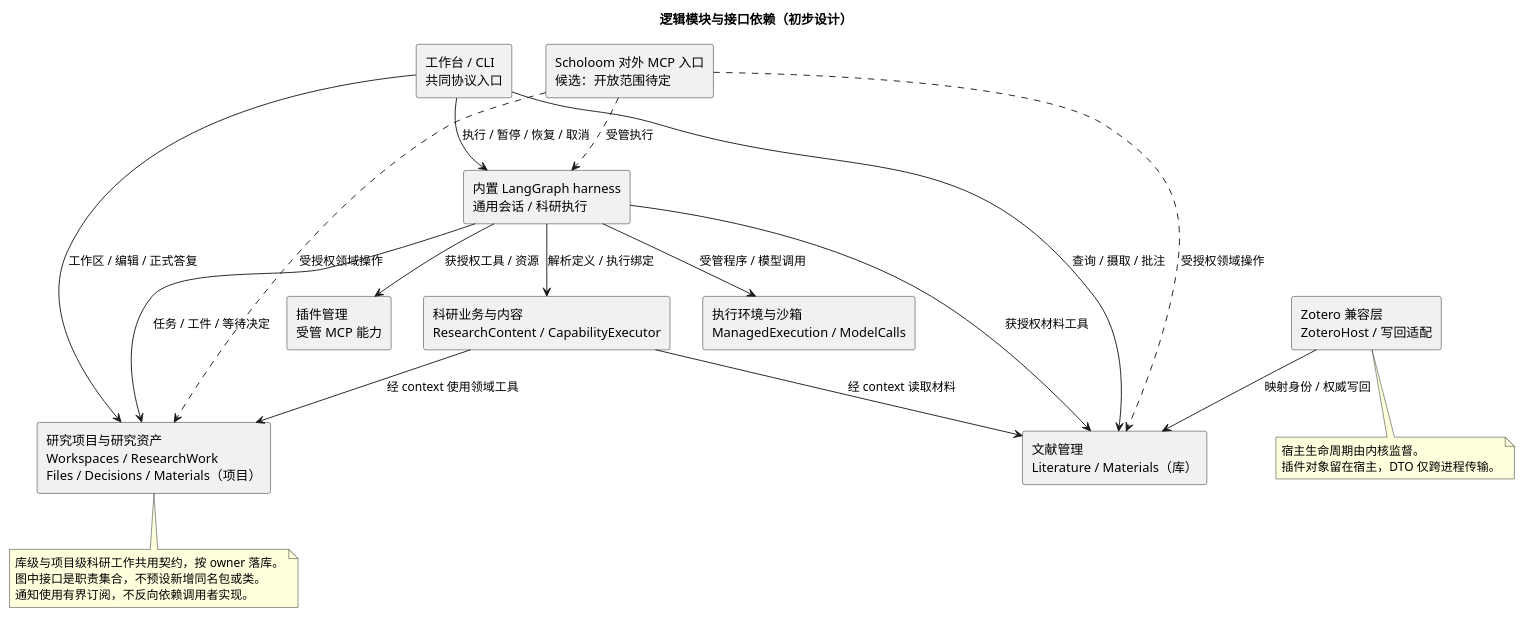
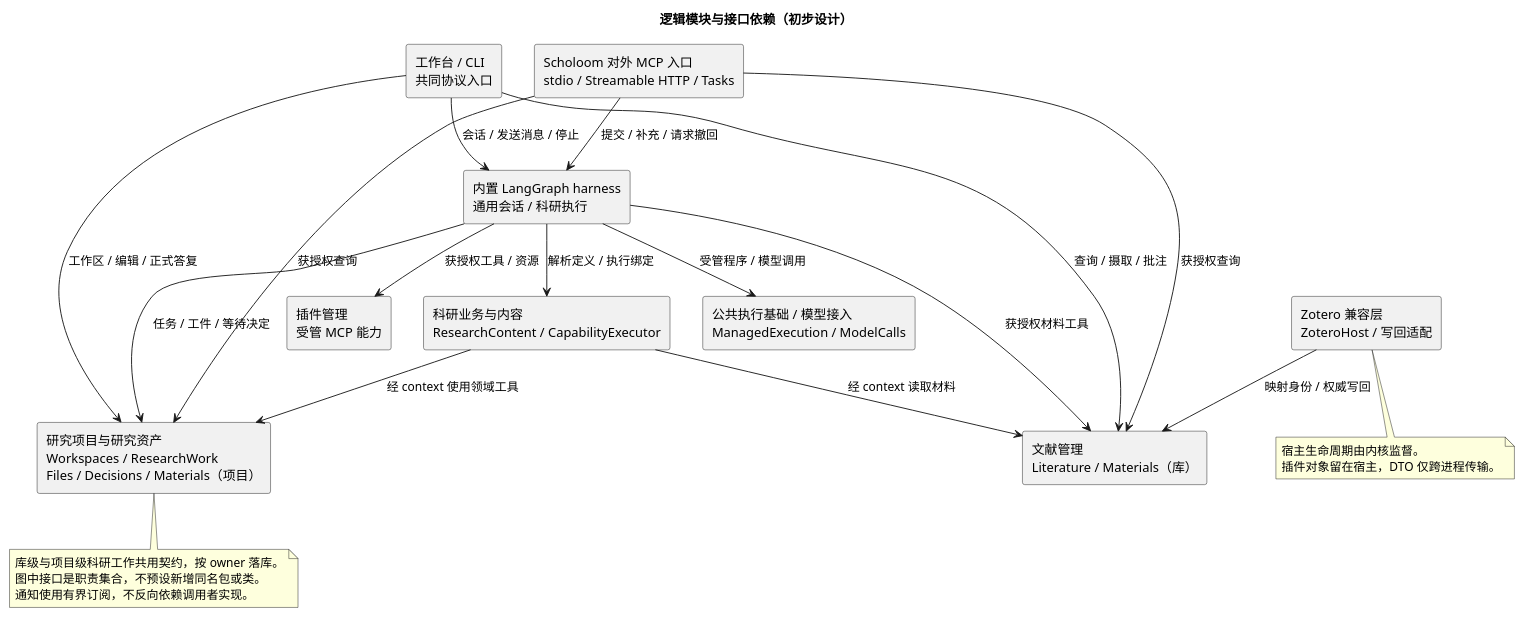
Before and after one commit to leike0813/Scholoom: the diagram in docs/diagrams/module-interfaces.puml, drawn with PlantUML. The commit also changed 305 other files, not shown here.

Commit message:
refactor: migrate runtime architecture

```diff
--- a/docs/diagrams/module-interfaces.puml
+++ b/docs/diagrams/module-interfaces.puml
@@ -1,39 +1,39 @@
 @startuml
 title 逻辑模块与接口依赖（初步设计）
 skinparam defaultFontName Microsoft YaHei
 skinparam shadowing false
 skinparam componentStyle rectangle
 top to bottom direction
 component "工作台 / CLI\n共同协议入口" as Entry
-component "Scholoom 对外 MCP 入口\n候选：开放范围待定" as ExternalMCP
+component "Scholoom 对外 MCP 入口\nstdio / Streamable HTTP / Tasks" as ExternalMCP
 component "文献管理\nLiterature / Materials（库）" as Literature
 component "研究项目与研究资产\nWorkspaces / ResearchWork\nFiles / Decisions / Materials（项目）" as Work
 component "内置 LangGraph harness\n通用会话 / 科研执行" as Harness
 component "插件管理\n受管 MCP 能力" as PluginManager
 component "科研业务与内容\nResearchContent / CapabilityExecutor" as Content
-component "执行环境与沙箱\nManagedExecution / ModelCalls" as Runtime
+component "公共执行基础 / 模型接入\nManagedExecution / ModelCalls" as Runtime
 component "Zotero 兼容层\nZoteroHost / 写回适配" as Host
 Entry --> Literature : 查询 / 摄取 / 批注
 Entry --> Work : 工作区 / 编辑 / 正式答复
-Entry --> Harness : 执行 / 暂停 / 恢复 / 取消
-ExternalMCP ..> Literature : 受授权领域操作
-ExternalMCP ..> Work : 受授权领域操作
-ExternalMCP ..> Harness : 受管执行
+Entry --> Harness : 会话 / 发送消息 / 停止
+ExternalMCP --> Literature : 获授权查询
+ExternalMCP --> Work : 获授权查询
+ExternalMCP --> Harness : 提交 / 补充 / 请求撤回
 Harness --> PluginManager : 获授权工具 / 资源
 Harness --> Content : 解析定义 / 执行绑定
 Harness --> Work : 任务 / 工件 / 等待决定
 Harness --> Literature : 获授权材料工具
 Harness --> Runtime : 受管程序 / 模型调用
 Content --> Work : 经 context 使用领域工具
 Content --> Literature : 经 context 读取材料
 Host --> Literature : 映射身份 / 权威写回
 note bottom of Host
   宿主生命周期由内核监督。
   插件对象留在宿主，DTO 仅跨进程传输。
 end note
 note bottom of Work
   库级与项目级科研工作共用契约，按 owner 落库。
   图中接口是职责集合，不预设新增同名包或类。
   通知使用有界订阅，不反向依赖调用者实现。
 end note
 @enduml
```
